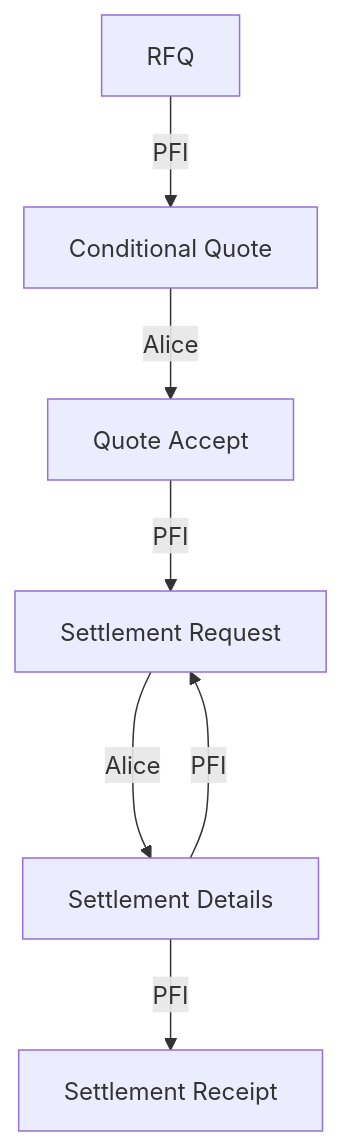
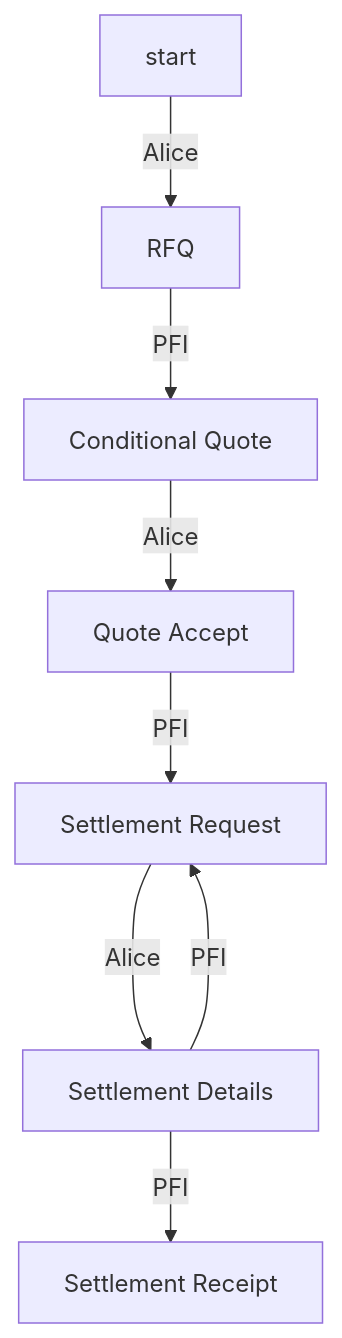
The diagram in protocol/README.md (TBD54566975/tbdex), drawn with Mermaid before and after one commit. The commit also changed other lines of this file, not shown here.

````diff
--- a/protocol/README.md
+++ b/protocol/README.md
@@ -100,11 +100,12 @@
 ```mermaid
 flowchart TD
     accTitle: State Machine of Message Thread
     accDescr: Possible state sequences for a message thread
+    start --> |Alice| RFQ
     RFQ --> |PFI| Quote[Conditional Quote]
     Quote --> |Alice| QuoteAccept[Quote Accept]
     QuoteAccept --> |PFI| SETTL_REQ[Settlement Request]
     SETTL_REQ --> |Alice| SETTL_DETAIL[Settlement Details]
     SETTL_DETAIL ---> |PFI| SETTL_REQ
     SETTL_DETAIL --> |PFI| SETTL_RECEIPT[Settlement Receipt]
 ```
````
